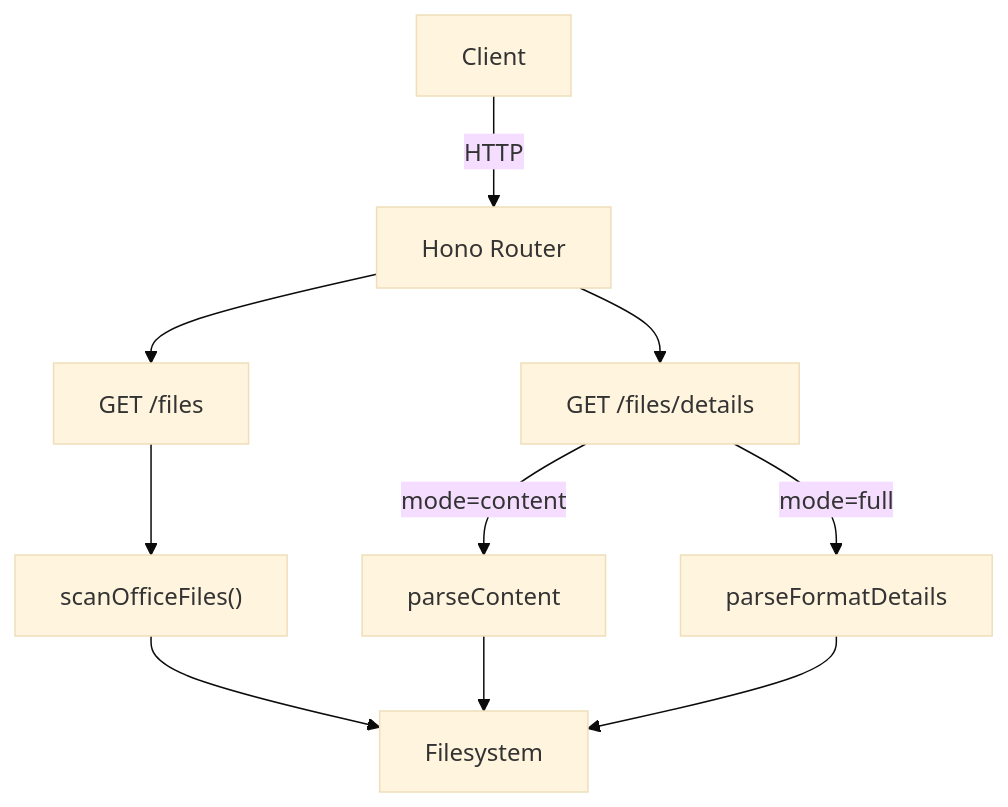
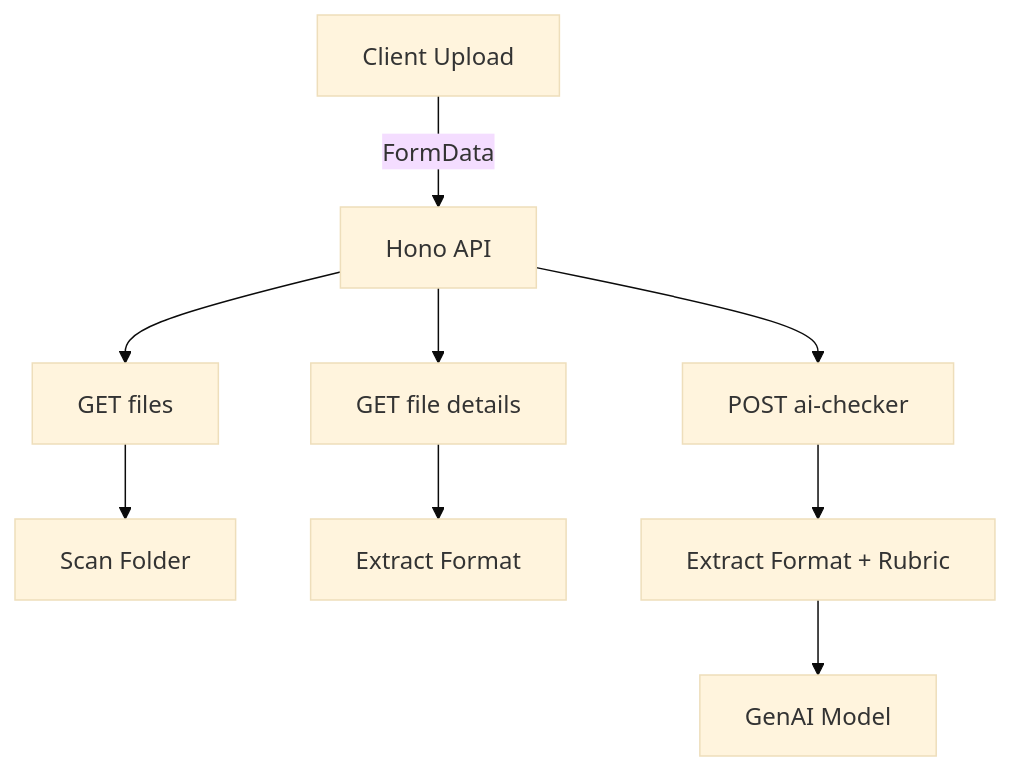
Before and after one commit to HuynhSang2005/office-format-grader: the first of 3 diagrams in BE/README.md, drawn with Mermaid (base theme). The commit also changed other lines of this file, not shown here.

Commit message:
git commit -m "docs(readme): enhance backend API documentation with endpoint details and Gemini AI checker flow"

`````diff
--- a/BE/README.md
+++ b/BE/README.md
@@ -39,14 +38,12 @@
 ```mermaid
 graph TD
-    A[Client] -->|HTTP| B[Hono Router]
-    B --> C1["GET /files"]
-    B --> C2["GET /files/details"]
+  A[Client Upload] -->|FormData| B[Hono API]
+  B --> C1[GET files]
+  B --> C2[GET file details]
+  B --> C3[POST ai-checker]
+  C1 --> D1[Scan Folder]
+  C2 --> D2[Extract Format]
+  C3 --> D3[Extract Format + Rubric]
+  D3 --> E[GenAI Model]
 
-    C1 --> D1["scanOfficeFiles()"]
-    C2 -->|mode=content| D2["parseContent"]
-    C2 -->|mode=full| D3["parseFormatDetails"]
-
-    D1 --> E[Filesystem]
-    D2 --> E
-    D3 --> E
 ````
`````
